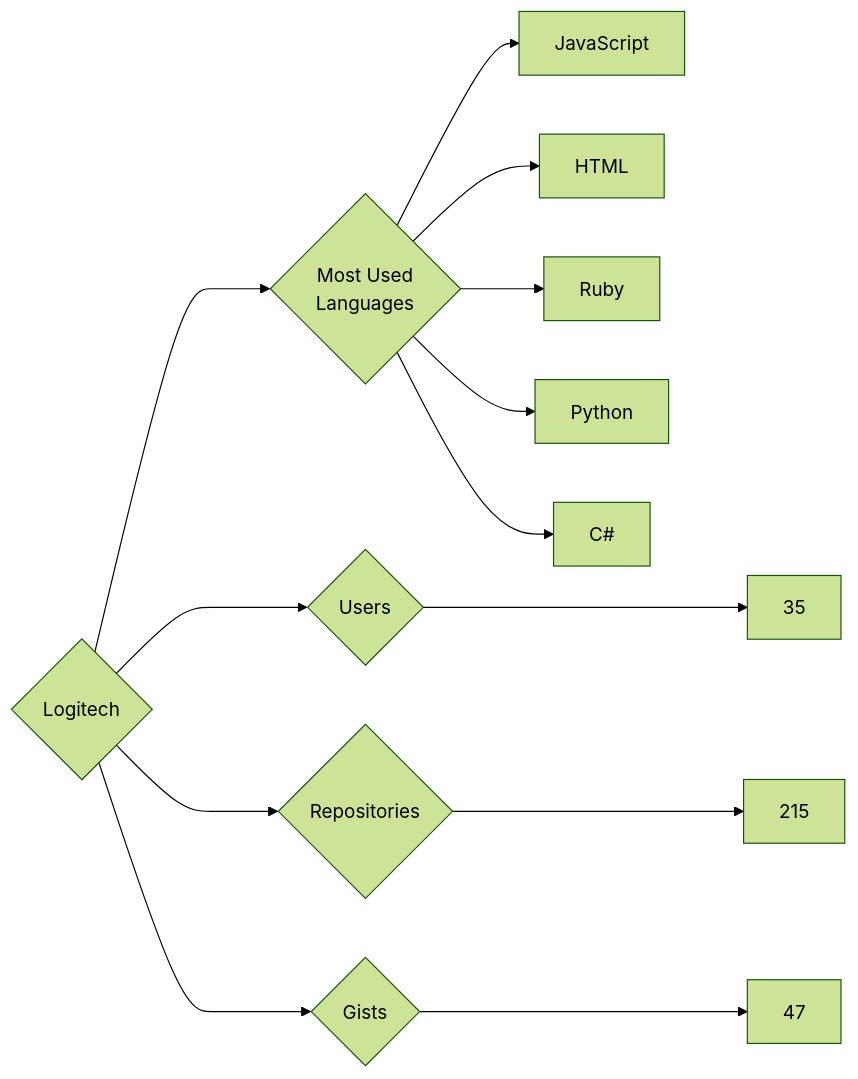
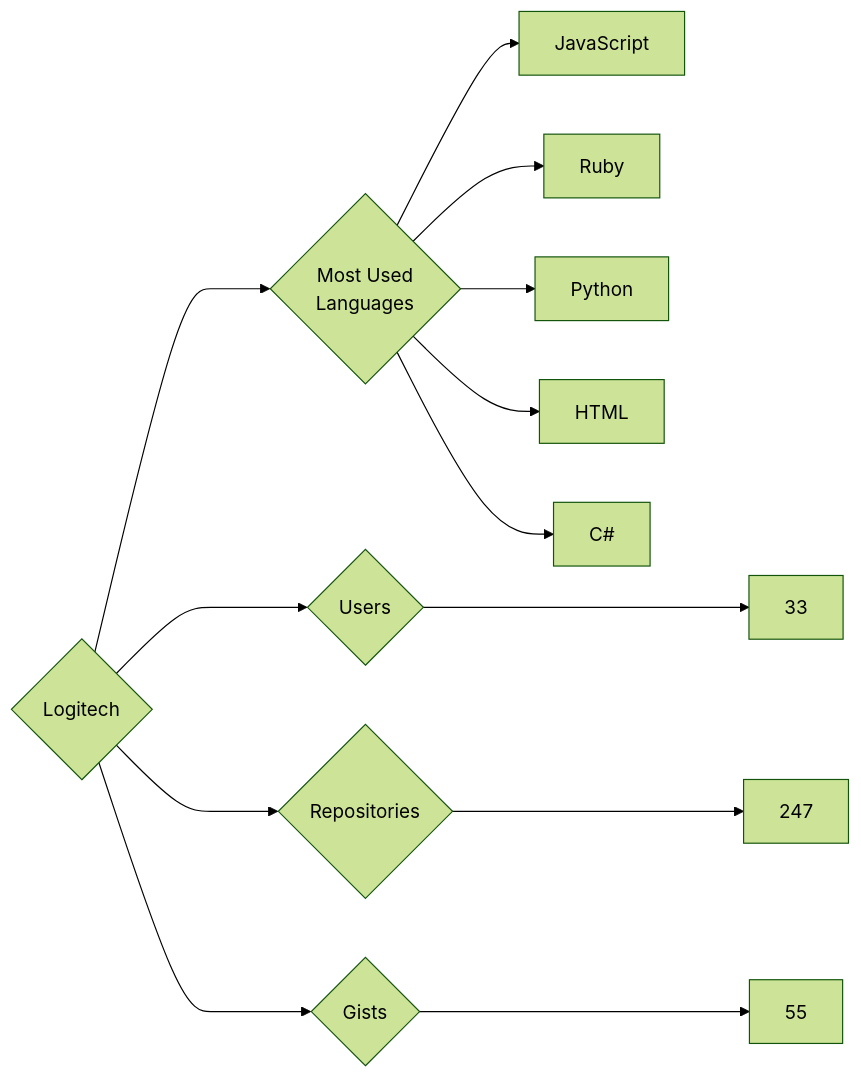
The diagram in targets/Logitech/README.md (trickest/insiders), drawn with Mermaid (forest theme) before and after one commit. The commit also changed 903 other files, not shown here.

````diff
--- a/targets/Logitech/README.md
+++ b/targets/Logitech/README.md
@@ -3,13 +3,13 @@
 ```mermaid
 graph LR
 COMPANY_NAME{Logitech}
-COMPANY_NAME ---> U{Users} ---> UN[35]
-COMPANY_NAME ---> R{Repositories} ---> RN[215]
-COMPANY_NAME ---> G{Gists} ---> GN[47]
+COMPANY_NAME ---> U{Users} ---> UN[33]
+COMPANY_NAME ---> R{Repositories} ---> RN[247]
+COMPANY_NAME ---> G{Gists} ---> GN[55]
 COMPANY_NAME ---> ML{Most Used<br>Languages}
 ML --> JavaScript[JavaScript]
-ML --> HTML[HTML]
 ML --> Ruby[Ruby]
 ML --> Python[Python]
+ML --> HTML[HTML]
 ML --> C#[C#]
 ```
````
